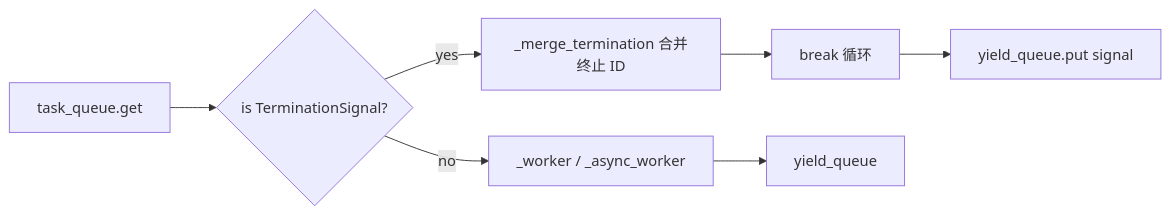
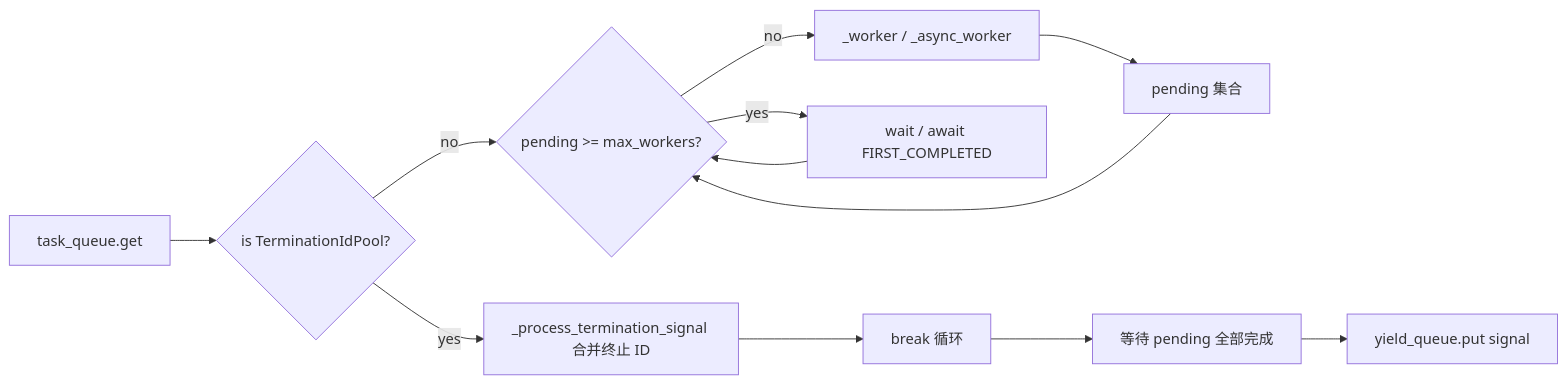
Before and after one commit to Mr-xiaotian/CelestialFlow: the diagram in docs/zh-CN/tests/node/test_dispatch.md, drawn with Mermaid. The commit also changed other lines of this file and 79 other files, not shown here.

````diff
--- a/docs/zh-CN/tests/node/test_dispatch.md
+++ b/docs/zh-CN/tests/node/test_dispatch.md
@@ -71,9 +70,14 @@
 ```mermaid
 flowchart LR
-    In[task_queue.get] --> Sig{is TerminationSignal?}
-    Sig -- yes --> Merge[_merge_termination 合并终止 ID]
+    In[task_queue.get] --> Sig{is TerminationIdPool?}
+    Sig -- yes --> Merge[_process_termination_signal 合并终止 ID]
     Merge --> Break[break 循环]
-    Sig -- no --> Worker[_worker / _async_worker]
-    Worker --> Out[yield_queue]
-    Break --> Put[yield_queue.put signal]
+    Sig -- no --> Cap{pending >= max_workers?}
+    Cap -- yes --> Wait[wait / await FIRST_COMPLETED]
+    Wait --> Cap
+    Cap -- no --> Worker[_worker / _async_worker]
+    Worker --> Pending[pending 集合]
+    Pending --> Cap
+    Break --> Drain[等待 pending 全部完成]
+    Drain --> Put[yield_queue.put signal]
 ```
````
